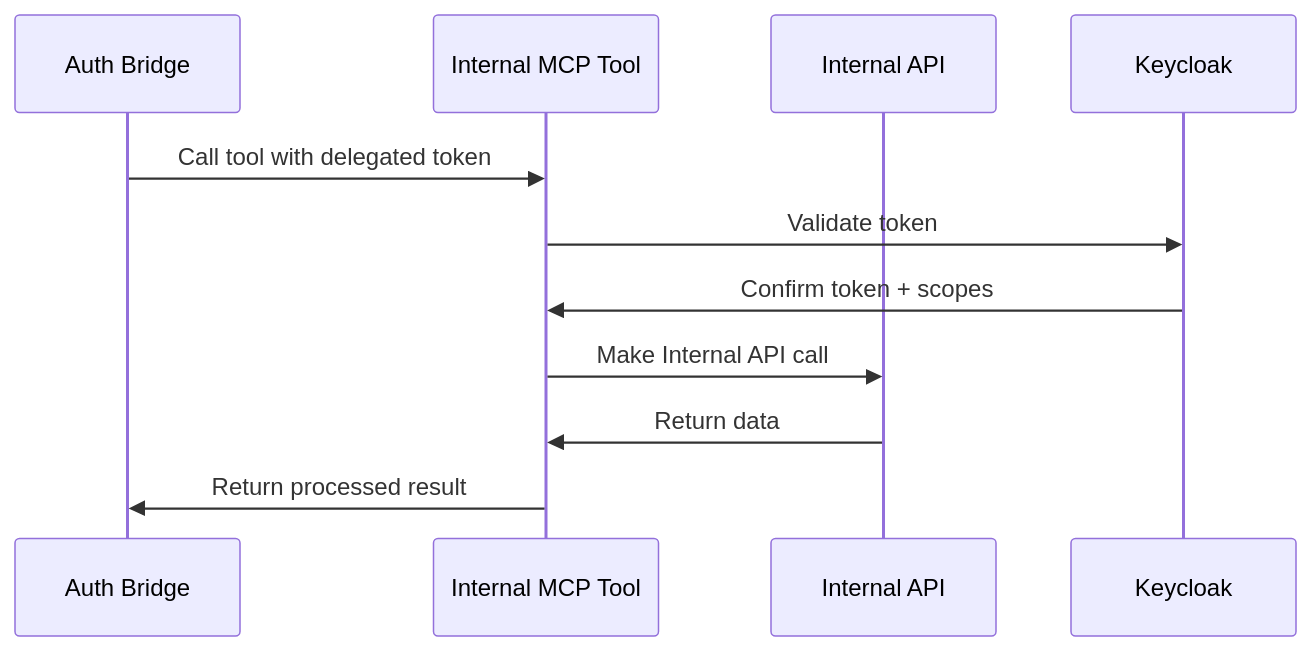
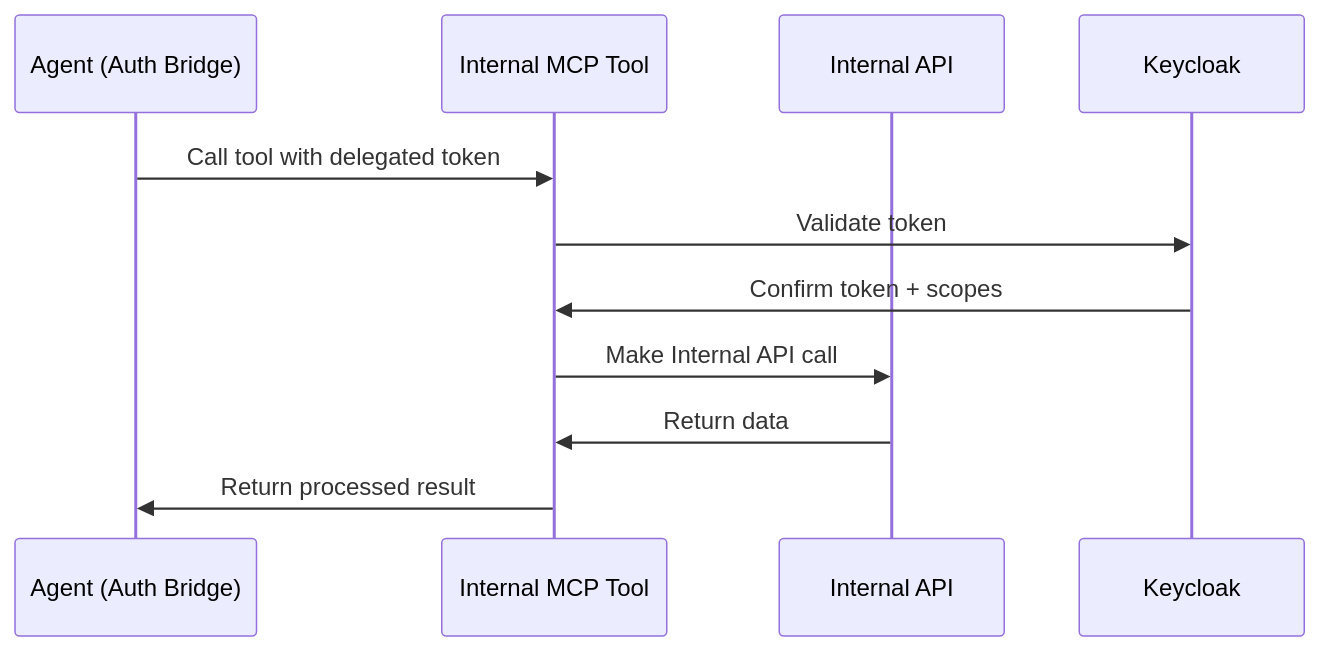
Before and after one commit to pdettori/kagenti: the third of 5 diagrams in docs/demo-identity.md, drawn with Mermaid. The commit also changed other lines of this file and 3 other files, not shown here.

Commit message:
Update flow diagrams

````diff
--- a/docs/demo-identity.md
+++ b/docs/demo-identity.md
@@ -340,14 +341,14 @@
 ```mermaid
 sequenceDiagram
-    participant Agent as Auth Bridge
+    participant Agent as Agent (Auth Bridge)
     participant Tool as Internal MCP Tool
     participant API as Internal API
     participant KC as Keycloak
     
     Agent->>Tool: Call tool with delegated token
     Tool->>KC: Validate token
     KC->>Tool: Confirm token + scopes
     Tool->>API: Make Internal API call
     API->>Tool: Return data
     Tool->>Agent: Return processed result
 ```
````
